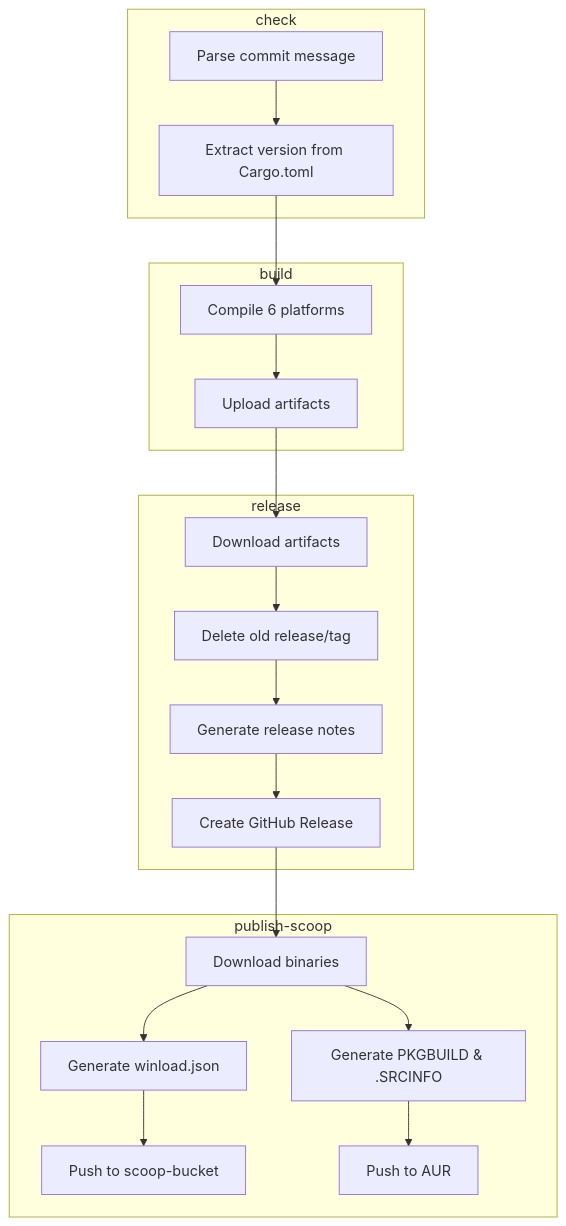
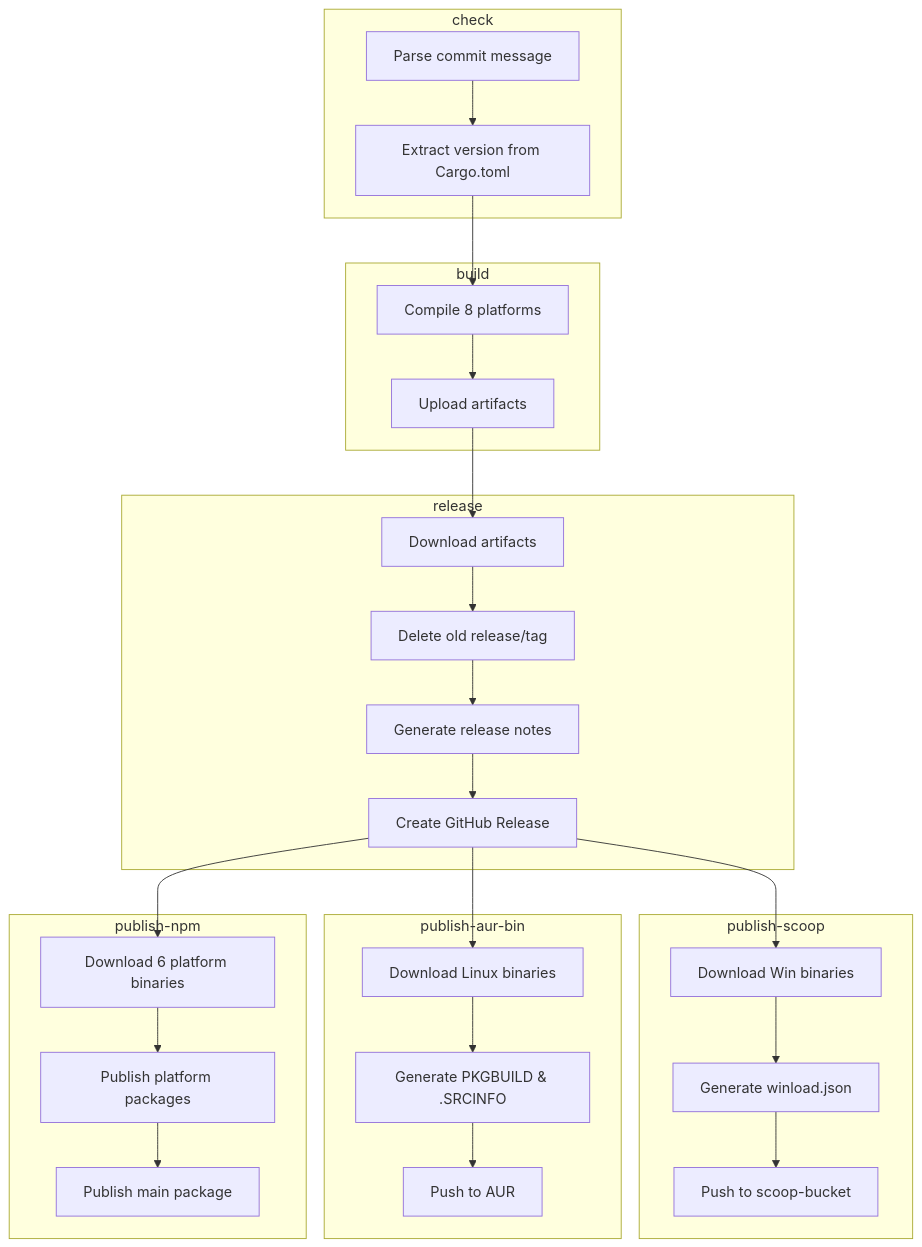
Before and after one commit to VincentZyu233/winload: the diagram in .github/workflows/build.md, drawn with Mermaid. The commit also changed other lines of this file and 7 other files, not shown here.

Commit message:
docs: update build docs (8 targets, npm flow) and add Android badge

````diff
--- a/.github/workflows/build.md
+++ b/.github/workflows/build.md
@@ -81,36 +85,49 @@
 ```mermaid
 flowchart TB
     subgraph check["check"]
         C1[Parse commit message]
         C2[Extract version from Cargo.toml]
     end
     
     subgraph build["build"]
-        B1[Compile 6 platforms]
+        B1[Compile 8 platforms]
         B2[Upload artifacts]
     end
     
     subgraph release["release"]
         R1[Download artifacts]
         R2[Delete old release/tag]
         R3[Generate release notes]
         R4[Create GitHub Release]
     end
     
-    subgraph publish["publish-scoop"]
-        P1[Download binaries]
-        P2[Generate winload.json]
-        P3[Push to scoop-bucket]
-        P4[Generate PKGBUILD & .SRCINFO]
-        P5[Push to AUR]
+    subgraph scoop["publish-scoop"]
+        S1[Download Win binaries]
+        S2[Generate winload.json]
+        S3[Push to scoop-bucket]
+    end
+    
+    subgraph aur["publish-aur-bin"]
+        A1[Download Linux binaries]
+        A2[Generate PKGBUILD & .SRCINFO]
+        A3[Push to AUR]
+    end
+    
+    subgraph npm["publish-npm"]
+        N1[Download 6 platform binaries]
+        N2[Publish platform packages]
+        N3[Publish main package]
     end
     
     C1 --> C2
     C2 --> B1
     B1 --> B2
     B2 --> R1
     R1 --> R2 --> R3 --> R4
-    R4 --> P1
-    P1 --> P2 --> P3
-    P1 --> P4 --> P5
+    R4 --> S1
+    S1 --> S2 --> S3
+    R4 --> A1
+    A1 --> A2 --> A3
+    R4 --> N1
+    N1 --> N2 --> N3
 ```
````
